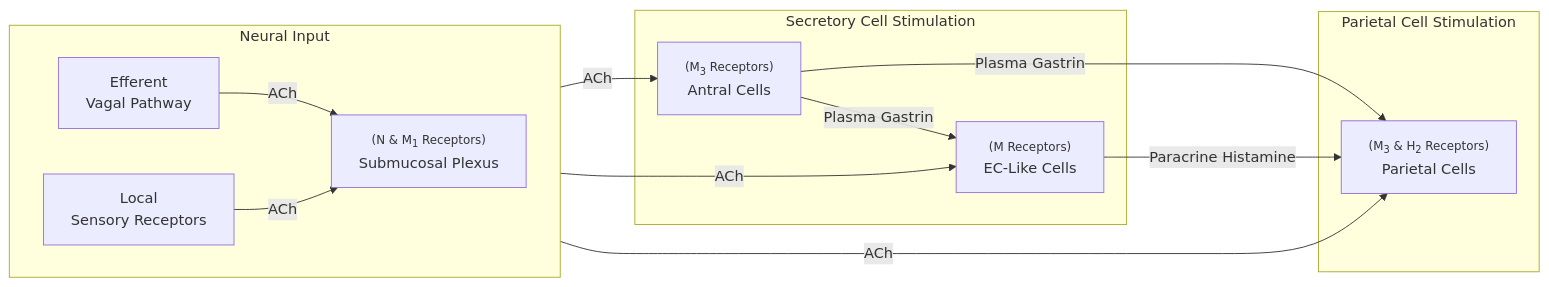
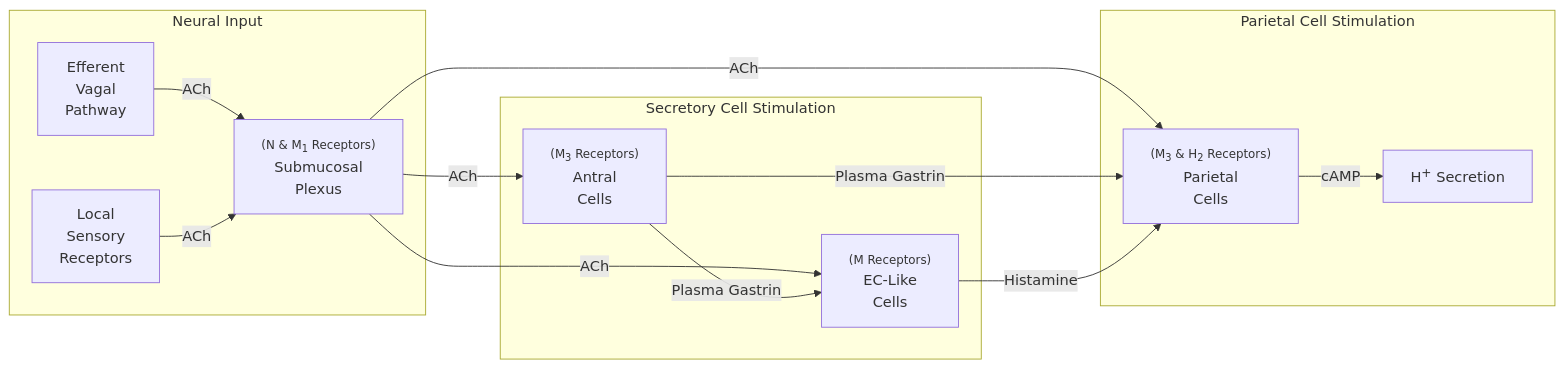
The diagram in Y3S2 SBMS2106 Pharmacology and Toxicology/Lecture 9.1 - (Gastrointestinal Pharmacology) Gastric Ulcer Drugs.md (catskin0106/BiomedStuff), drawn with Mermaid before and after one commit. The commit also changed other lines of this file, not shown here.

Commit message:
vault backup: 2025-03-24 06:50:10

````diff
--- a/Y3S2 SBMS2106 Pharmacology and Toxicology/Lecture 9.1 - (Gastrointestinal Pharmacology) Gastric Ulcer Drugs.md
+++ b/Y3S2 SBMS2106 Pharmacology and Toxicology/Lecture 9.1 - (Gastrointestinal Pharmacology) Gastric Ulcer Drugs.md
@@ -18,19 +18,19 @@
 ```mermaid
 flowchart LR
 	subgraph 1["Neural Input"]
-	direction LR
-	a["Efferent<br>Vagal Pathway"] -- ACh --> c["<font size="2">(N & M<sub>1</sub> Receptors)</font><br>Submucosal Plexus"]
-	b["Local<br>Sensory Receptors"] -- ACh --> c
+	a["Efferent<br>Vagal<br>Pathway"] -- ACh --> c["<font size="2">(N & M<sub>1</sub> Receptors)</font><br>Submucosal<br>Plexus"]
+	b["Local<br>Sensory<br>Receptors"] -- ACh --> c
 	end
 	c -- ACh --> d
 	c -- ACh --> e
 	subgraph 2["Secretory Cell Stimulation"]
-	d["<font size="2">(M<sub>3</sub> Receptors)</font><br>Antral Cells"] -- Plasma Gastrin --> e["<font size="2">(M Receptors)</font><br>EC-Like Cells"]
+	d["<font size="2">(M<sub>3</sub> Receptors)</font><br>Antral<br>Cells"] -- Plasma Gastrin --> e["<font size="2">(M Receptors)</font><br>EC-Like<br>Cells"]
 	end
 	c -- ACh --> f
 	d -- Plasma Gastrin --> f
-	e -- Paracrine Histamine --> f
+	e -- Histamine --> f
 	subgraph 3["Parietal Cell Stimulation"]
-	f["<font size="2">(M<sub>3</sub> & H<sub>2</sub> Receptors)</font><br>Parietal Cells"]
+	f["<font size="2">(M<sub>3</sub> & H<sub>2</sub> Receptors)</font><br>Parietal<br>Cells"]
+	f -- cAMP --> g["H<sup>+</sup> Secretion"]
 	end
 ```
````
